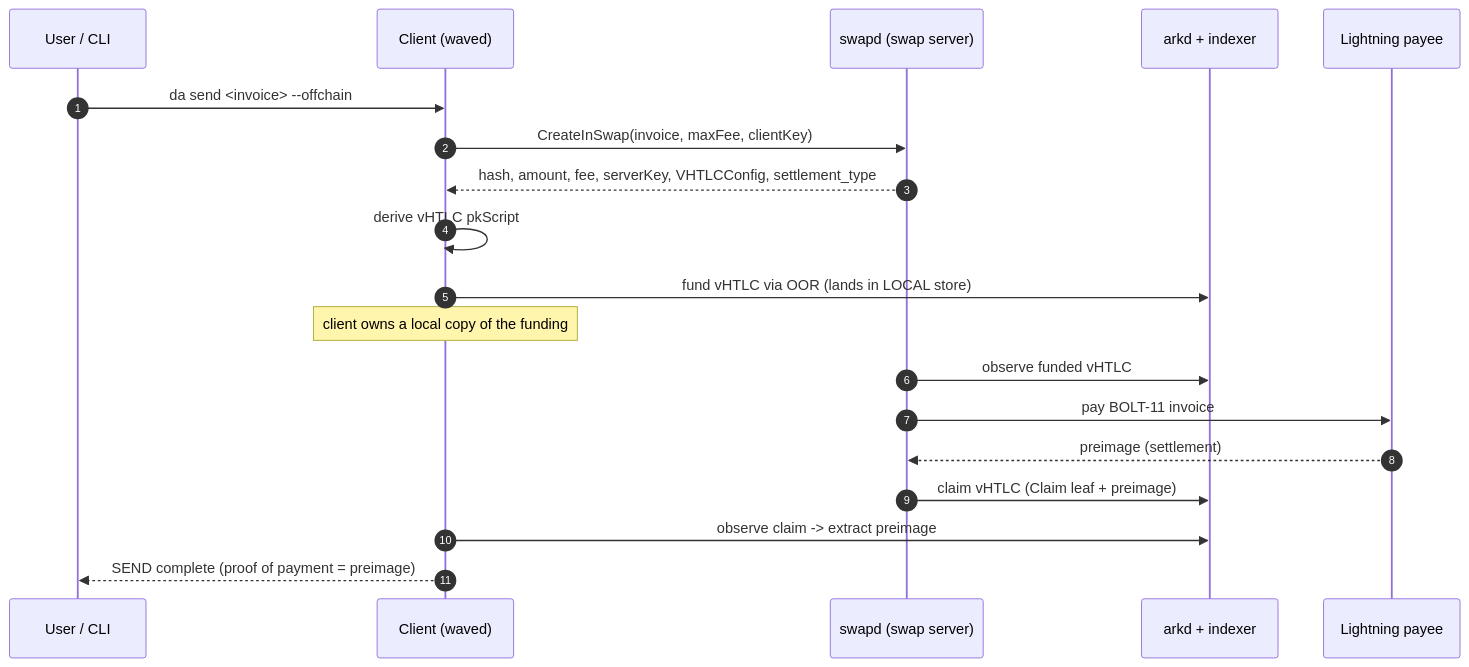
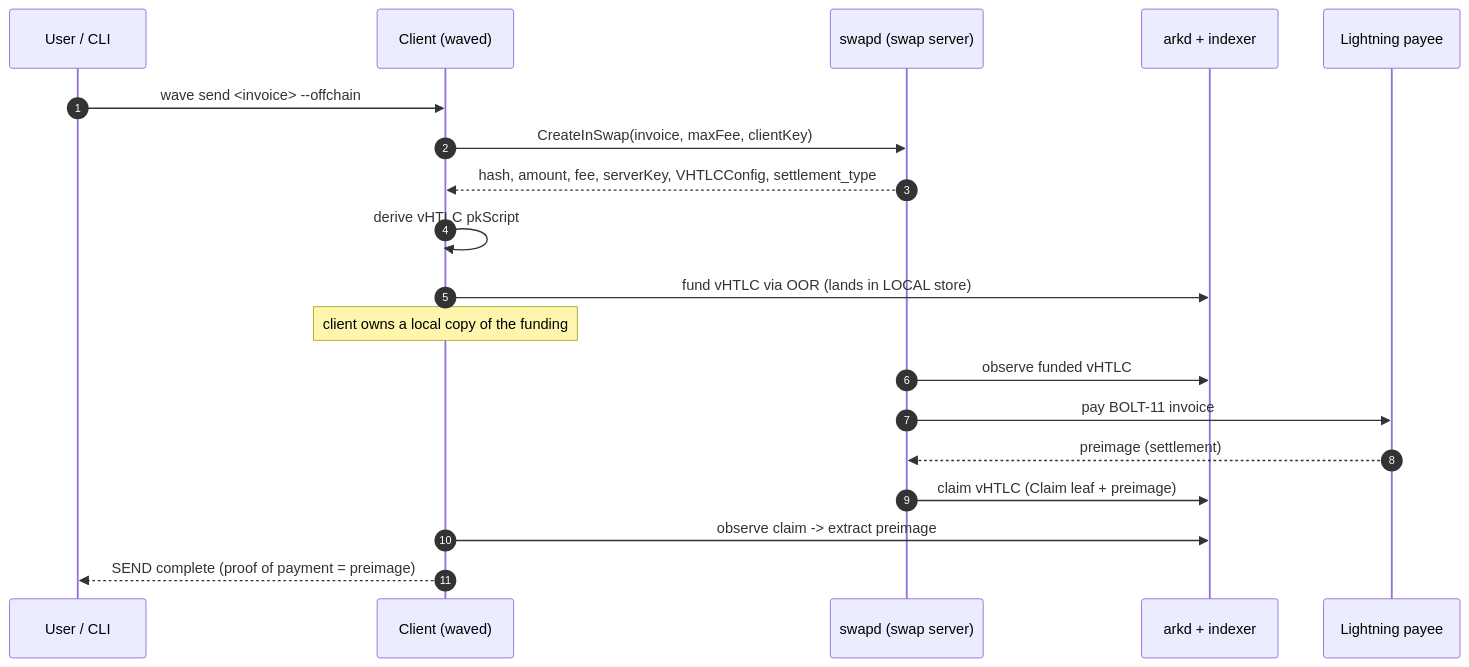
One commit to lightninglabs/wavelength changed the third of 6 diagrams in docs/swap_system.md. Above: the diagram before and after it, drawn with Mermaid. The commit also changed other lines of this file and 4 other files, not shown here.

````diff
--- a/docs/swap_system.md
+++ b/docs/swap_system.md
@@ -314,22 +314,22 @@
 ```mermaid
 sequenceDiagram
     autonumber
     participant U as User / CLI
     participant C as Client (waved)
     participant S as swapd (swap server)
     participant A as arkd + indexer
     participant P as Lightning payee
 
-    U->>C: da send <invoice> --offchain
+    U->>C: wave send <invoice> --offchain
     C->>S: CreateInSwap(invoice, maxFee, clientKey)
     S-->>C: hash, amount, fee, serverKey, VHTLCConfig, settlement_type
     C->>C: derive vHTLC pkScript
     C->>A: fund vHTLC via OOR (lands in LOCAL store)
     Note over C: client owns a local copy of the funding
     S->>A: observe funded vHTLC
     S->>P: pay BOLT-11 invoice
     P-->>S: preimage (settlement)
     S->>A: claim vHTLC (Claim leaf + preimage)
     C->>A: observe claim -> extract preimage
     C-->>U: SEND complete (proof of payment = preimage)
 ```
````
